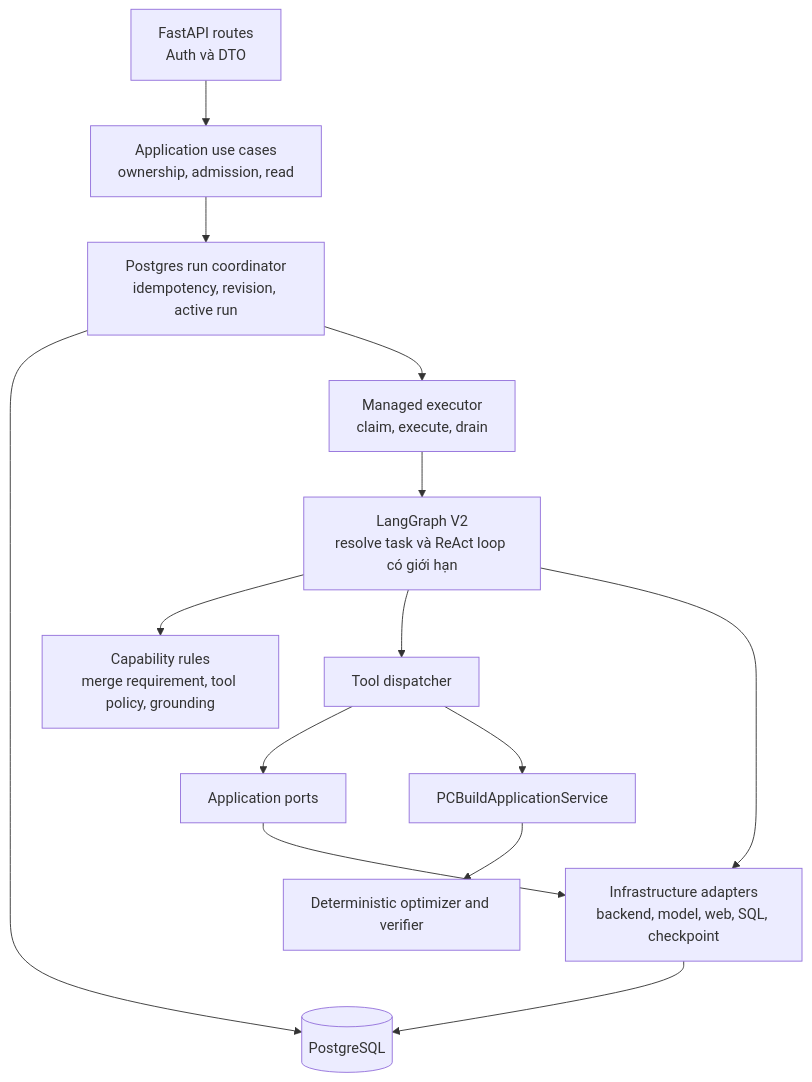
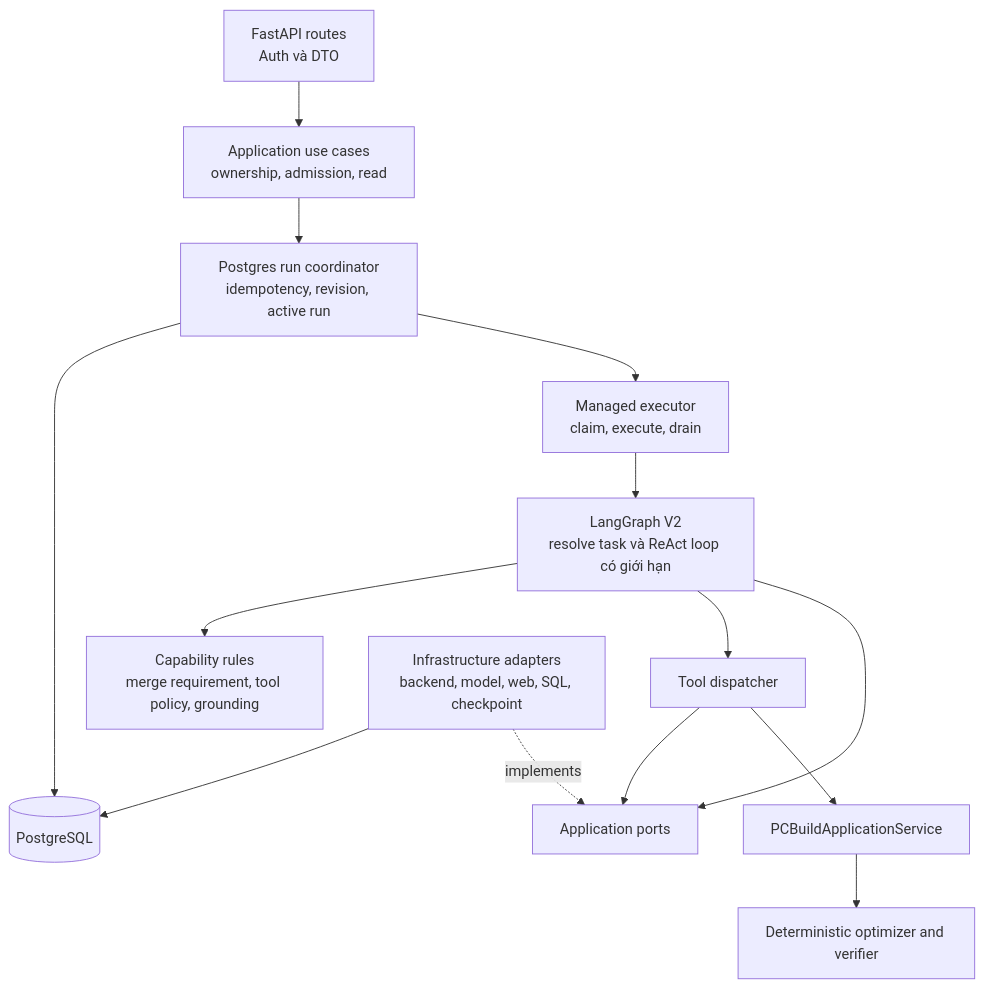
One commit to pc-shopping-assistant-org/docs changed the second of 4 diagrams in 02-architecture/ai-architecture.md. Above: the diagram before and after it, drawn with Mermaid. The commit also changed other lines of this file and 4 other files, not shown here.

````diff
--- a/02-architecture/ai-architecture.md
+++ b/02-architecture/ai-architecture.md
@@ -61,23 +64,25 @@
 ```mermaid
 flowchart TB
   HTTP[FastAPI routes<br/>Auth và DTO]
   UC[Application use cases<br/>ownership, admission, read]
   RUN[Postgres run coordinator<br/>idempotency, revision, active run]
   EXEC[Managed executor<br/>claim, execute, drain]
   GRAPH[LangGraph V2<br/>resolve task và ReAct loop có giới hạn]
   POLICY[Capability rules<br/>merge requirement, tool policy, grounding]
   DISPATCH[Tool dispatcher]
   BUILD[PCBuildApplicationService]
   OPT[Deterministic optimizer and verifier]
   PORTS[Application ports]
   ADAPTERS[Infrastructure adapters<br/>backend, model, web, SQL, checkpoint]
   DB[(PostgreSQL)]
 
   HTTP --> UC --> RUN --> DB
   RUN --> EXEC --> GRAPH
   GRAPH --> POLICY
-  GRAPH --> DISPATCH --> PORTS --> ADAPTERS
+  GRAPH --> DISPATCH
+  GRAPH --> PORTS
+  DISPATCH --> PORTS
   DISPATCH --> BUILD --> OPT
   ADAPTERS --> DB
-  GRAPH --> ADAPTERS
+  ADAPTERS -. implements .-> PORTS
 ```
````
